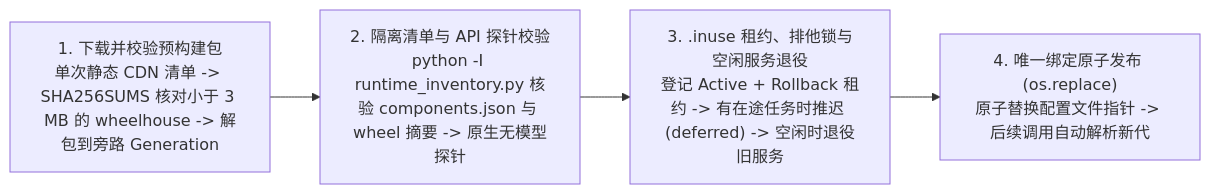
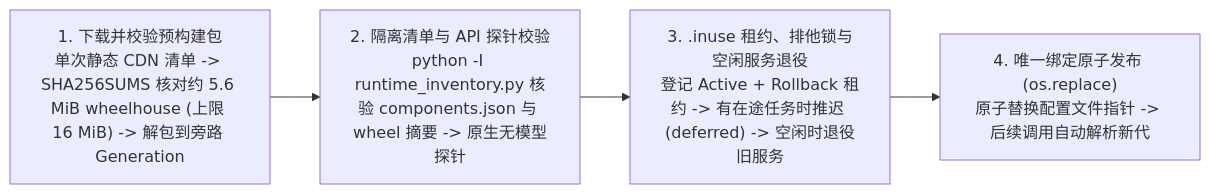
One commit to mindie-agent/mindie-agent changed the diagram in docs/release-compatibility-and-update.md. Above: the diagram before and after it, drawn with Mermaid. The commit also changed other lines of this file and 18 other files, not shown here.

````diff
--- a/docs/release-compatibility-and-update.md
+++ b/docs/release-compatibility-and-update.md
@@ -185,6 +185,6 @@
 ```mermaid
 flowchart LR
-    P["1. 下载并校验预构建包<br/>单次静态 CDN 清单 -> SHA256SUMS 核对小于 3 MB 的 wheelhouse -> 解包到旁路 Generation"] --> V["2. 隔离清单与 API 探针校验<br/>python -I runtime_inventory.py 核验 components.json 与 wheel 摘要 -> 原生无模型探针"]
+    P["1. 下载并校验预构建包<br/>单次静态 CDN 清单 -> SHA256SUMS 核对约 5.6 MiB wheelhouse (上限 16 MiB) -> 解包到旁路 Generation"] --> V["2. 隔离清单与 API 探针校验<br/>python -I runtime_inventory.py 核验 components.json 与 wheel 摘要 -> 原生无模型探针"]
     V --> W["3. .inuse 租约、排他锁与空闲服务退役<br/>登记 Active + Rollback 租约 -> 有在途任务时推迟 (deferred) -> 空闲时退役旧服务"]
     W --> S["4. 唯一绑定原子发布 (os.replace)<br/>原子替换配置文件指针 -> 后续调用自动解析新代"]
 ```
````
